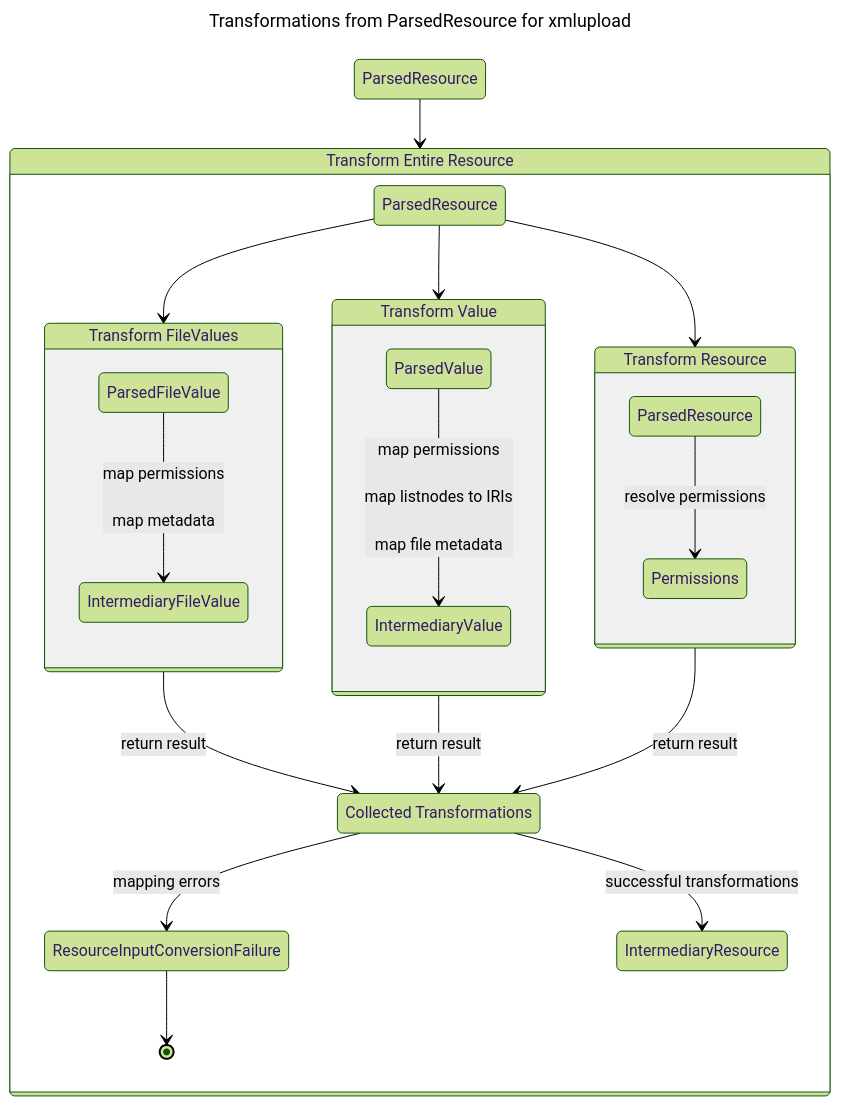
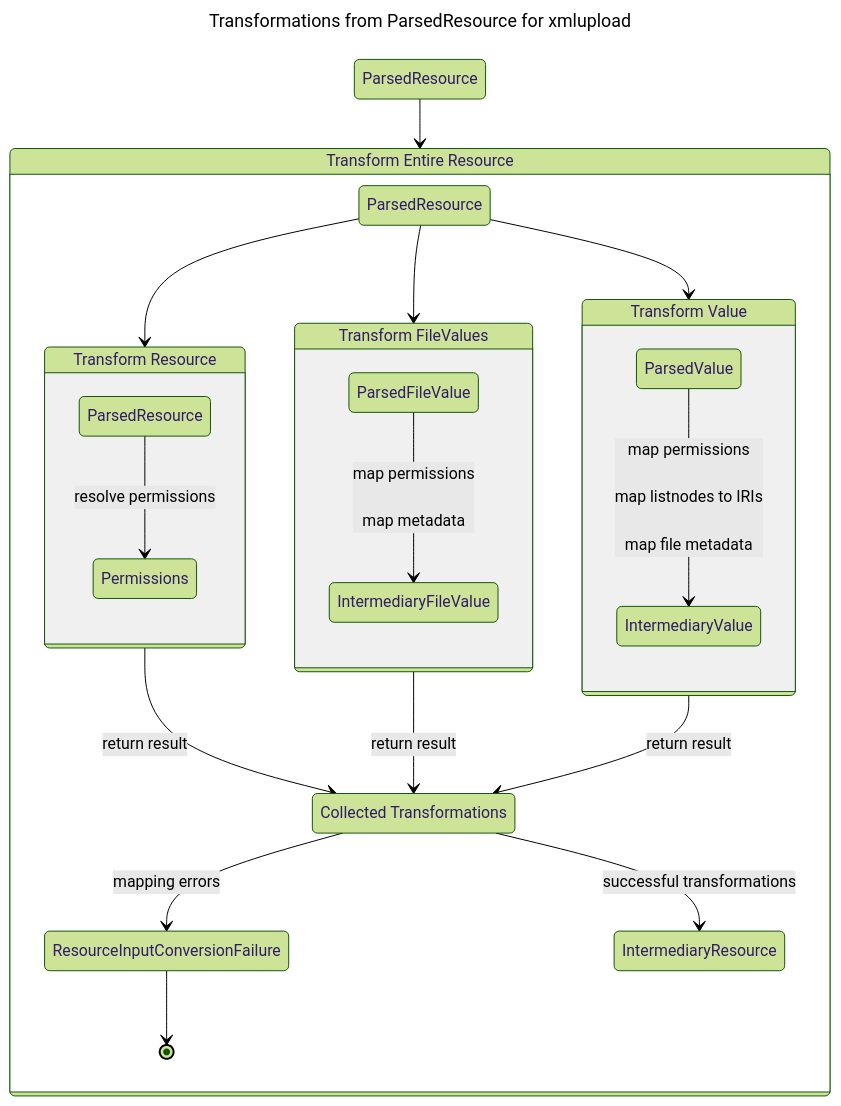
One commit to dasch-swiss/dsp-tools changed the third of 3 diagrams in docs/developers/architecture.md. Above: the diagram before and after it, drawn with Mermaid (forest theme). The commit also changed other lines of this file, not shown here.

````diff
--- a/docs/developers/architecture.md
+++ b/docs/developers/architecture.md
@@ -103,39 +103,39 @@
 ```mermaid
 ---
 title: Transformations from ParsedResource for xmlupload
 ---
 stateDiagram-v2
 
 state "ParsedResource" as start
 state "Transform Entire Resource" as transformall
 state "Transform Resource" as transformres
 state "Transform Value" as transfomrationval
 state "Transform FileValues" as transformfile
 state "ParsedValue" as parsedval
 state "ParsedResource" as parsedres
 state "IntermediaryValue" as valdes
 state "Collected Transformations" as coll
 
 start-->transformall
 
 state transformall {
     parsedres-->transformfile
     parsedres-->transfomrationval
     parsedres-->transformres
     state transformres {
         ParsedResource-->Permissions: resolve permissions
     }
     state transfomrationval {
         parsedval-->valdes: map permissions<br/><br/>map listnodes to IRIs<br/><br/>map file metadata
     }
     state transformfile {
         ParsedFileValue-->IntermediaryFileValue: map permissions<br/><br/>map metadata
     }
+    transformres-->coll: return result
     transformfile-->coll: return result
     transfomrationval-->coll: return result
-    transformres-->coll: return result
     coll-->ResourceInputConversionFailure: mapping errors
     ResourceInputConversionFailure-->[*]
     coll-->IntermediaryResource: successful transformations
 }
 ```
````
